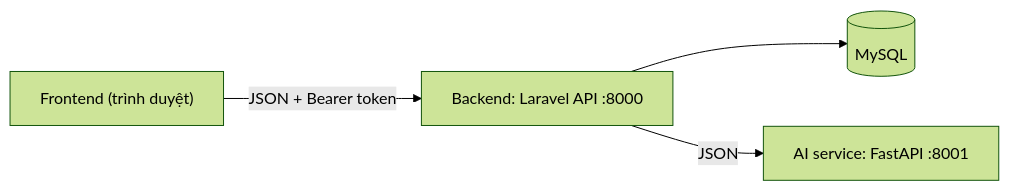
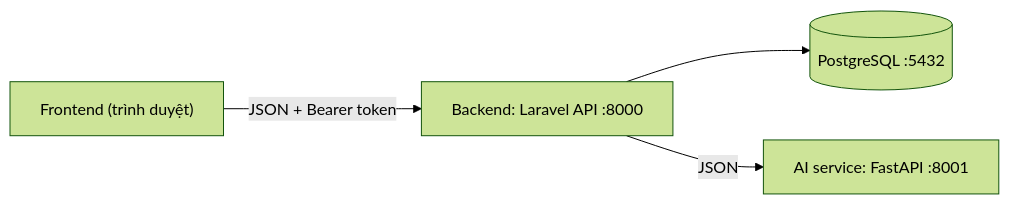
The diagram in README.md (52400067/rental-house-platform), drawn with Mermaid (forest theme) before and after one commit. The commit also changed other lines of this file, not shown here.

````diff
--- a/README.md
+++ b/README.md
@@ -11,6 +11,6 @@
 ```mermaid
 graph LR
     FE["Frontend (trình duyệt)"] -->|"JSON + Bearer token"| BE["Backend: Laravel API :8000"]
-    BE --> DB[("MySQL")]
+    BE --> DB[("PostgreSQL :5432")]
     BE -->|"JSON"| AI["AI service: FastAPI :8001"]
 ```
````
